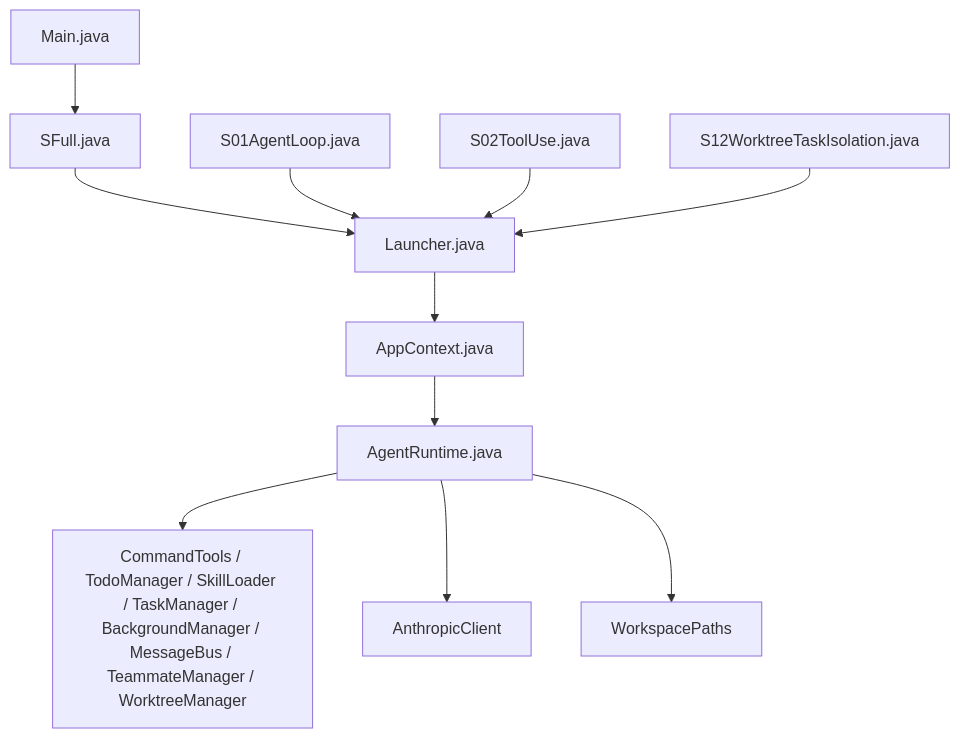
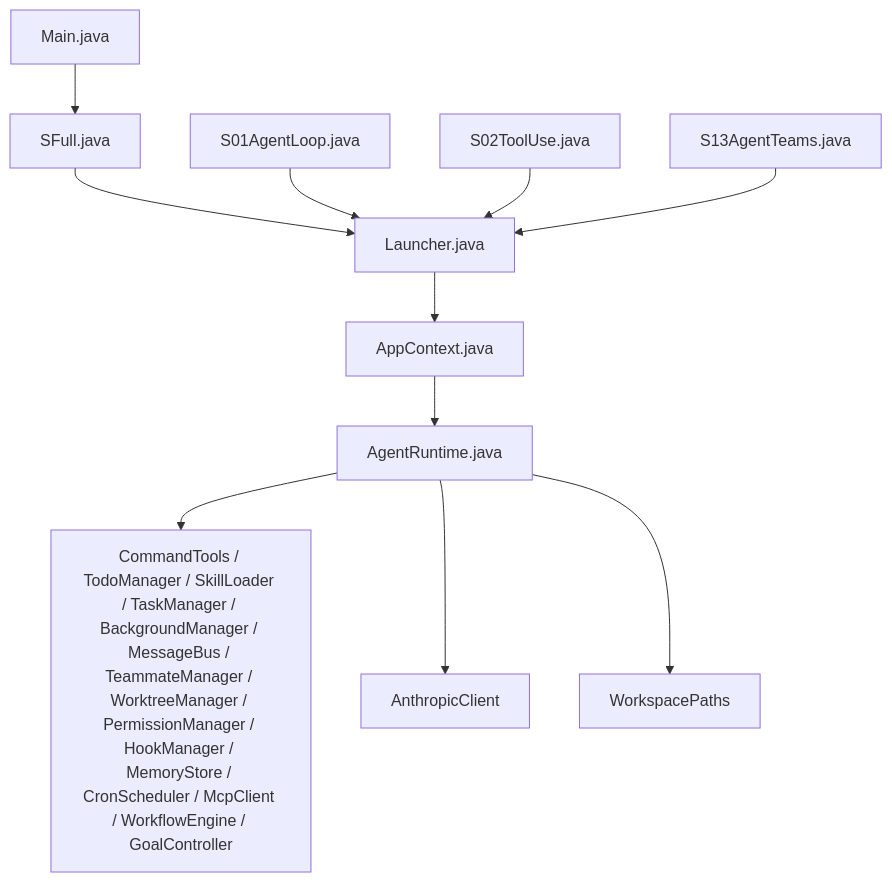
One commit to chenlds1994/learn-claude-code-java changed the first of 5 diagrams in .qoder/repowiki/zh/content/开发者指南/扩展开发/自定义学习阶段开发.md. Above: the diagram before and after it, drawn with Mermaid. The commit also changed other lines of this file and 143 other files, not shown here.

First line of the commit message:
更新 repowiki 与 drawio 教程图至 17 阶段结构

````diff
--- a/.qoder/repowiki/zh/content/开发者指南/扩展开发/自定义学习阶段开发.md
+++ b/.qoder/repowiki/zh/content/开发者指南/扩展开发/自定义学习阶段开发.md
@@ -43,13 +43,13 @@
 ```mermaid
 graph TB
 Main["Main.java"] --> SFull["SFull.java"]
 SFull --> Launcher["Launcher.java"]
 S01["S01AgentLoop.java"] --> Launcher
 S02["S02ToolUse.java"] --> Launcher
-S12["S12WorktreeTaskIsolation.java"] --> Launcher
+S13["S13AgentTeams.java"] --> Launcher
 Launcher --> AppContext["AppContext.java"]
 AppContext --> Runtime["AgentRuntime.java"]
-Runtime --> Tools["CommandTools / TodoManager / SkillLoader / TaskManager / BackgroundManager / MessageBus / TeammateManager / WorktreeManager"]
+Runtime --> Tools["CommandTools / TodoManager / SkillLoader / TaskManager / BackgroundManager / MessageBus / TeammateManager / WorktreeManager / PermissionManager / HookManager / MemoryStore / CronScheduler / McpClient / WorkflowEngine / GoalController"]
 Runtime --> Client["AnthropicClient"]
 Runtime --> Paths["WorkspacePaths"]
 ```
````
